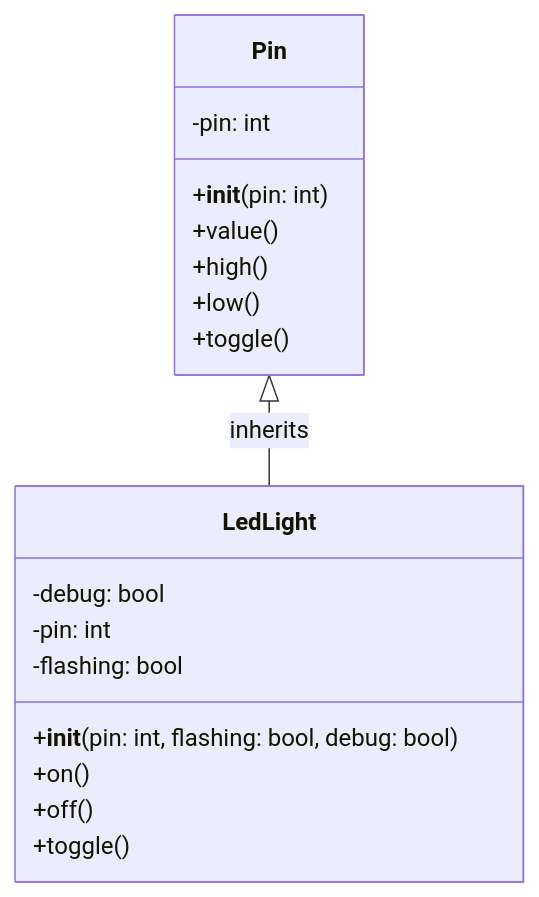
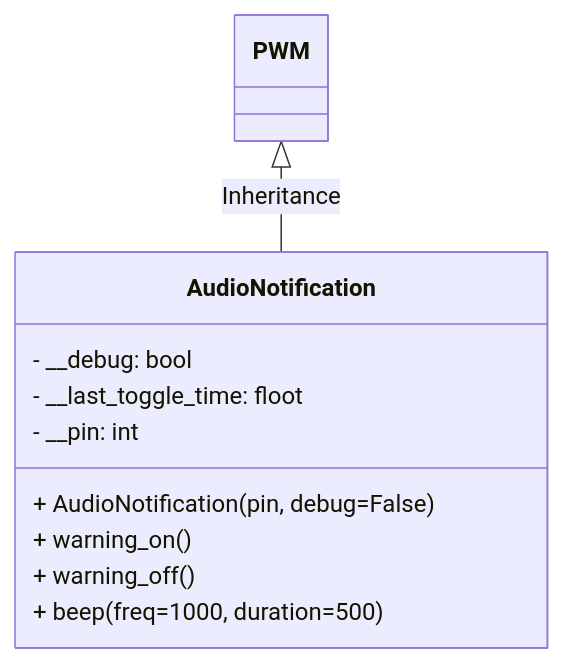
Before and after one commit to TempeHS/MicroPython_OOP_Pi_Pico_Mini_Project_Source: the first of 2 diagrams in tutorials/Lecture1.md, drawn with Mermaid.

````diff
--- a/tutorials/Lecture1.md
+++ b/tutorials/Lecture1.md
@@ -60,23 +60,17 @@
 ```mermaid
 classDiagram
 
-    class Pin {
-        -pin: int
-        +__init__(pin: int)
-        +value()
-        +high()
-        +low()
-        +toggle()
+    class PWM {
     }
 
-    class LedLight {
-        -debug: bool
-        -pin: int
-        -flashing: bool
-        +__init__(pin: int, flashing: bool, debug: bool)
-        +on()
-        +off()
-        +toggle()
+    class AudioNotification {
+        - __debug: bool
+        - __last_toggle_time: floot
+        - __pin: int
+        + AudioNotification(pin, debug=False)
+        + warning_on()
+        + warning_off()
+        + beep(freq=1000, duration=500)
     }
-    Pin <|-- LedLight : inherits
+    PWM <|-- AudioNotification : Inheritance
 ```
````
